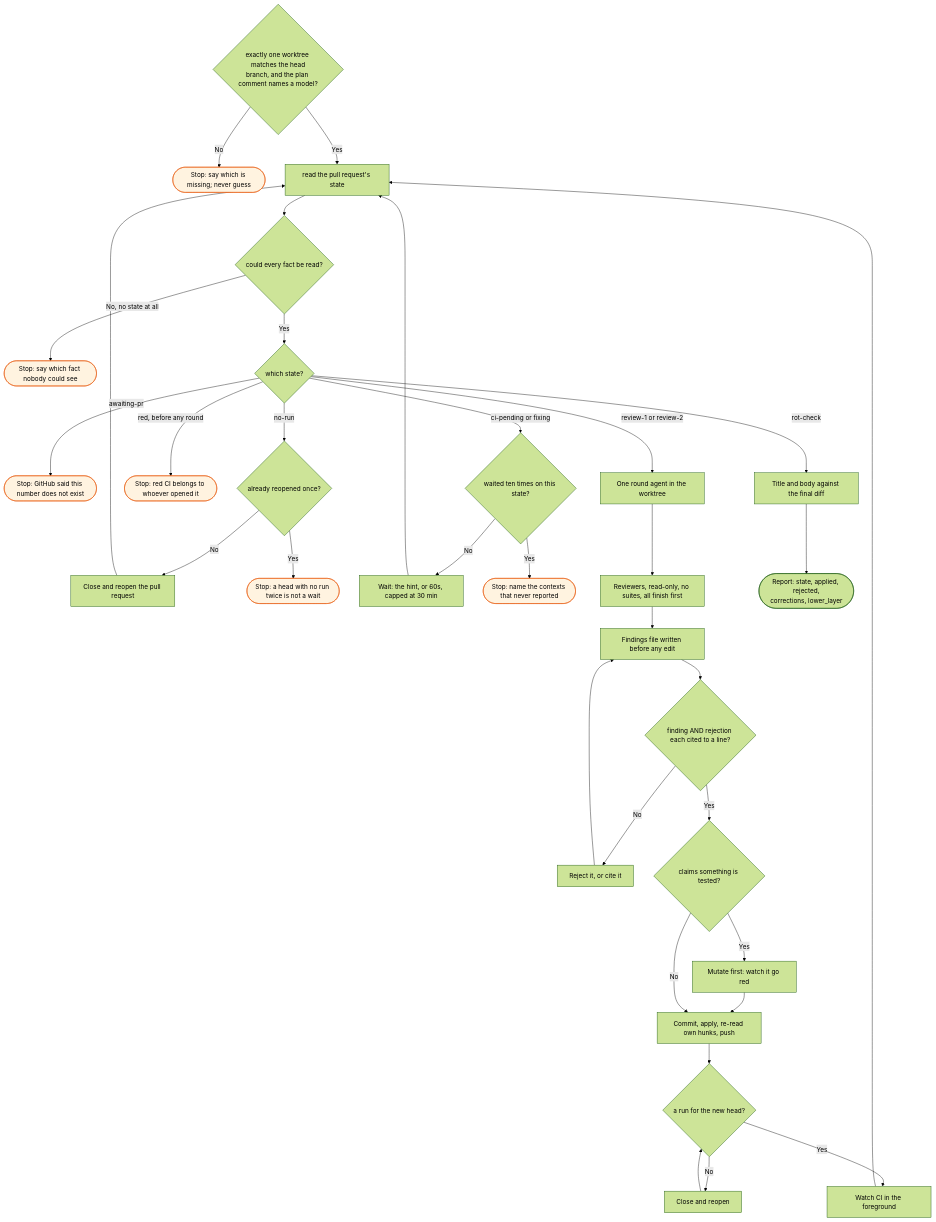
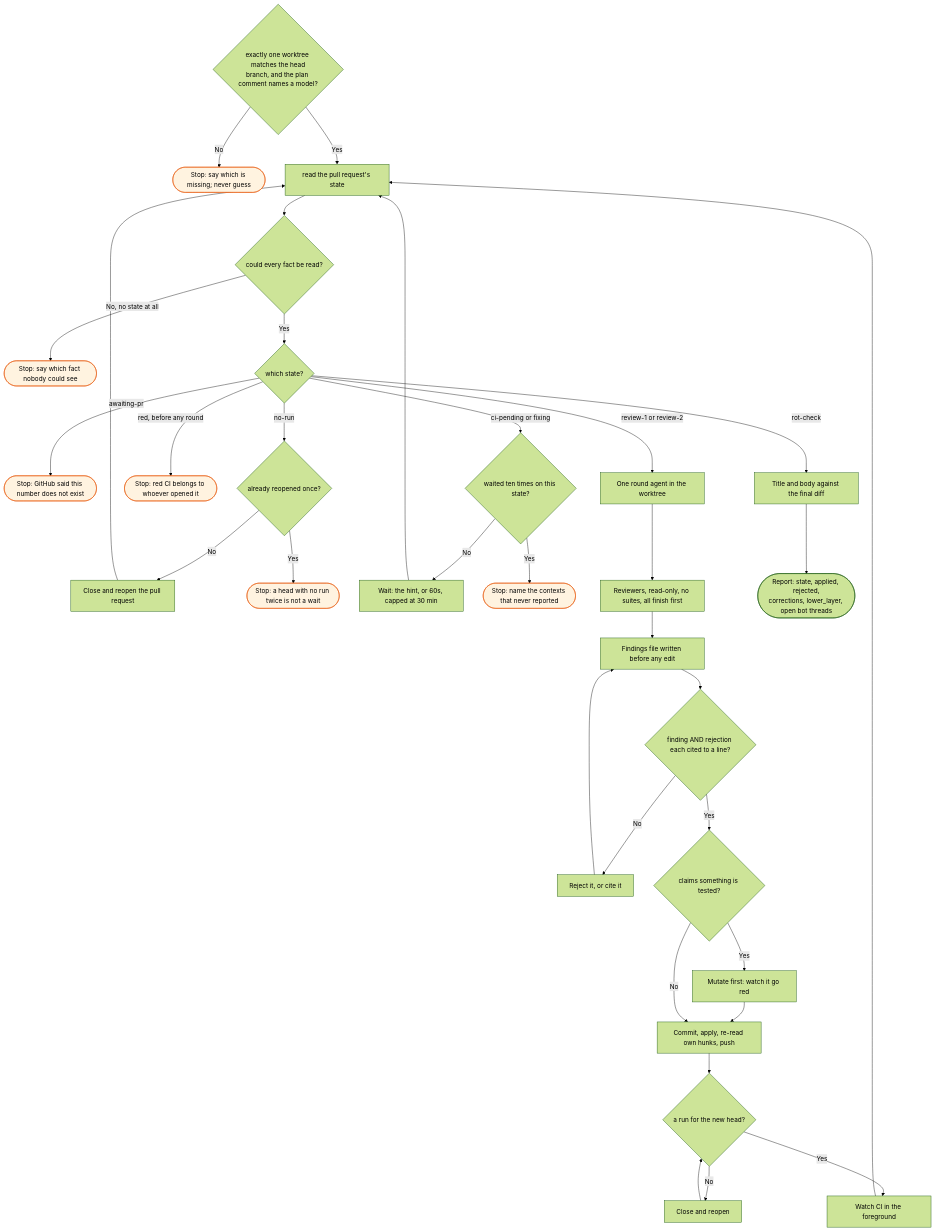
The diagram in docs/flows/workstreams/review/_skill-flow.md (bje-settings/claude), drawn with Mermaid (forest theme) before and after one commit. The commit also changed other lines of this file and 19 other files, not shown here.

First line of the commit message:
fix(workstreams): bot threads do not hold pr-state; sweep skips blocked issues (#259)

````diff
--- a/docs/flows/workstreams/review/_skill-flow.md
+++ b/docs/flows/workstreams/review/_skill-flow.md
@@ -14,36 +14,36 @@
 ```mermaid
 flowchart TD
     W{exactly one worktree matches the head<br/>branch, and the plan comment names a model?}
     W -->|No| W1([Stop: say which is missing; never guess]):::stop
     W -->|Yes| C[read the pull request's state]
 
     C --> D{could every fact be read?}
     D -->|No, no state at all| D1([Stop: say which fact nobody could see]):::stop
     D -->|Yes| E{which state?}
 
     E -->|awaiting-pr| E1([Stop: GitHub said this number does not exist]):::stop
     E -->|no-run| F{already reopened once?}
     F -->|No| F1[Close and reopen the pull request] --> C
     F -->|Yes| F2([Stop: a head with no run twice is not a wait]):::stop
     E -->|red, before any round| G([Stop: red CI belongs to whoever opened it]):::stop
     E -->|ci-pending or fixing| H{waited ten times on this state?}
     H -->|No| H1[Wait: the hint, or 60s, capped at 30 min] --> C
     H -->|Yes| H2([Stop: name the contexts that never reported]):::stop
 
     E -->|review-1 or review-2| I[One round agent in the worktree]
     I --> J[Reviewers, read-only, no suites, all finish first]
     J --> K[Findings file written before any edit]
     K --> L{finding AND rejection each cited to a line?}
     L -->|No| L1[Reject it, or cite it] --> K
     L -->|Yes| M{claims something is tested?}
     M -->|Yes| M1[Mutate first: watch it go red] --> N
     M -->|No| N[Commit, apply, re-read own hunks, push]
     N --> O{a run for the new head?}
     O -->|No| O1[Close and reopen] --> O
     O -->|Yes| P[Watch CI in the foreground] --> C
 
     E -->|rot-check| Q[Title and body against the final diff]
-    Q --> S([Report: state, applied, rejected,<br/>corrections, lower_layer])
+    Q --> S([Report: state, applied, rejected,<br/>corrections, lower_layer, open bot threads])
 
     classDef stop fill:#fff3e0,stroke:#e65100,color:#000
 ```
````
